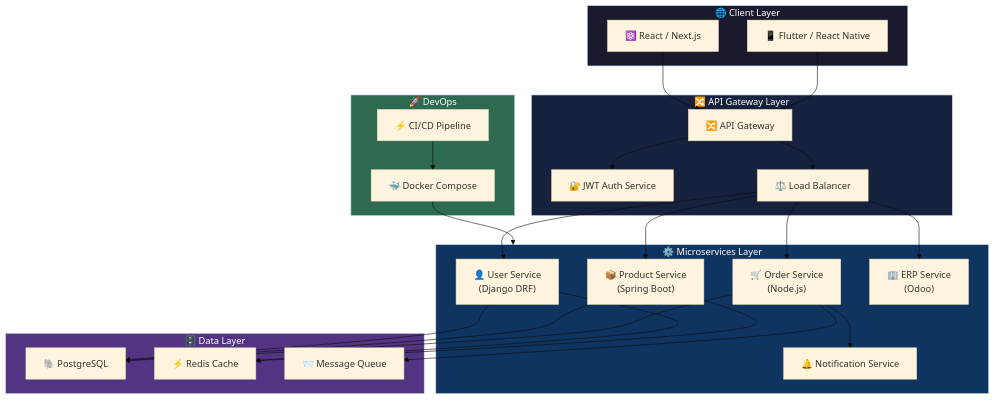
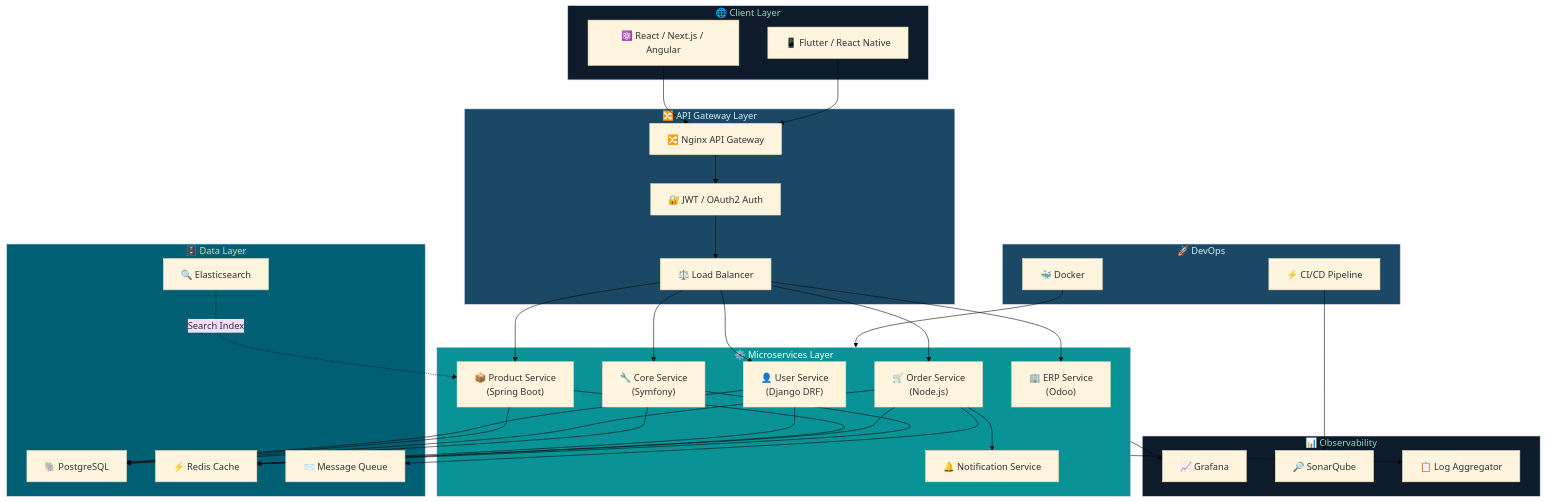
The first of 5 diagrams in README.md (maximedorlin/maximedorlin), drawn with Mermaid (base theme) before and after one commit. The commit also changed other lines of this file, not shown here.

````diff
--- a/README.md
+++ b/README.md
@@ -312,50 +266,58 @@
 ```mermaid
 graph TB
     subgraph CLIENT["🌐 Client Layer"]
-        WEB["⚛️ React / Next.js"]
+        WEB["⚛️ React / Next.js / Angular"]
         MOB["📱 Flutter / React Native"]
     end
 
     subgraph GATEWAY["🔀 API Gateway Layer"]
-        GW["🔀 API Gateway"]
-        AUTH["🔐 JWT Auth Service"]
+        GW["🔀 Nginx API Gateway"]
+        AUTH["🔐 JWT / OAuth2 Auth"]
         LB["⚖️ Load Balancer"]
     end
 
     subgraph SERVICES["⚙️ Microservices Layer"]
         US["👤 User Service\n(Django DRF)"]
         PS["📦 Product Service\n(Spring Boot)"]
         OS["🛒 Order Service\n(Node.js)"]
+        SS["🔧 Core Service\n(Symfony)"]
         NS["🔔 Notification Service"]
         ERP["🏢 ERP Service\n(Odoo)"]
     end
 
     subgraph DATA["🗄️ Data Layer"]
         PG["🐘 PostgreSQL"]
         RD["⚡ Redis Cache"]
+        ES["🔍 Elasticsearch"]
         MQ["📨 Message Queue"]
     end
 
+    subgraph OBS["📊 Observability"]
+        GF["📈 Grafana"]
+        SQ["🔎 SonarQube"]
+        LG["📋 Log Aggregator"]
+    end
+
     subgraph DEVOPS["🚀 DevOps"]
-        DK["🐳 Docker Compose"]
+        DK["🐳 Docker"]
         CI["⚡ CI/CD Pipeline"]
     end
 
-    WEB --> GW
-    MOB --> GW
-    GW --> AUTH
-    GW --> LB
-    LB --> US & PS & OS & ERP
+    WEB & MOB --> GW
+    GW --> AUTH --> LB
+    LB --> US & PS & OS & SS & ERP
     OS --> NS
-    US & PS & OS --> PG
-    US & PS --> RD
+    US & PS & OS & SS --> PG & RD
+    ES -.->|Search Index| PS
     OS --> MQ
+    SERVICES --> GF & LG
+    CI --> SQ
     DK --> SERVICES
-    CI --> DK
 
-    style CLIENT fill:#1a1a2e,color:#fff
-    style GATEWAY fill:#16213e,color:#fff
-    style SERVICES fill:#0f3460,color:#fff
-    style DATA fill:#533483,color:#fff
-    style DEVOPS fill:#2d6a4f,color:#fff
+    style CLIENT fill:#0d1b2a,color:#94d2bd
+    style GATEWAY fill:#1b4965,color:#caf0f8
+    style SERVICES fill:#0a9396,color:#ffffff
+    style DATA fill:#005f73,color:#e9d8a6
+    style OBS fill:#0d1b2a,color:#94d2bd
+    style DEVOPS fill:#1b4965,color:#caf0f8
 ```
````
